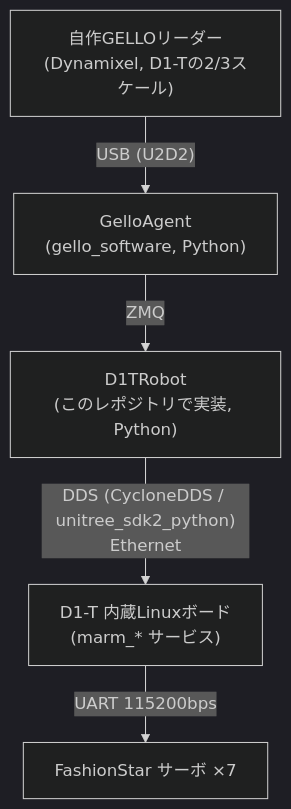
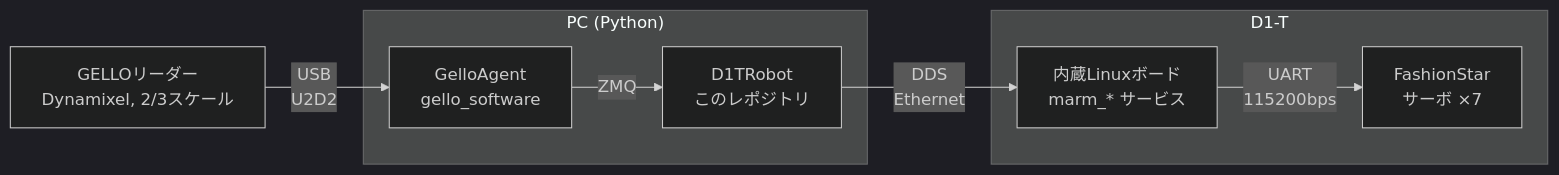
The first of 2 diagrams in README.md (Robot-Learning-Group/d1t-teleop), drawn with Mermaid (dark theme) before and after one commit.

Commit message:
Rework the system diagram in README

````diff
--- a/README.md
+++ b/README.md
@@ -54,13 +54,17 @@
 ```mermaid
-flowchart TD
-    L["自作GELLOリーダー<br/>(Dynamixel, D1-Tの2/3スケール)"]
-    A["GelloAgent<br/>(gello_software, Python)"]
-    R["D1TRobot<br/>(このレポジトリで実装, Python)"]
-    D["D1-T 内蔵Linuxボード<br/>(marm_* サービス)"]
-    S["FashionStar サーボ ×7"]
+flowchart LR
+    L["GELLOリーダー<br/>Dynamixel, 2/3スケール"]
+    subgraph PC["PC (Python)"]
+        A["GelloAgent<br/>gello_software"]
+        R["D1TRobot<br/>このレポジトリ"]
+    end
+    subgraph D1["D1-T"]
+        D["内蔵Linuxボード<br/>marm_* サービス"]
+        S["FashionStar<br/>サーボ ×7"]
+    end
 
-    L -- "USB (U2D2)" --> A
+    L -- "USB<br/>U2D2" --> A
     A -- "ZMQ" --> R
-    R -- "DDS (CycloneDDS / unitree_sdk2_python)<br/>Ethernet" --> D
-    D -- "UART 115200bps" --> S
+    R -- "DDS<br/>Ethernet" --> D
+    D -- "UART<br/>115200bps" --> S
 ```
````
